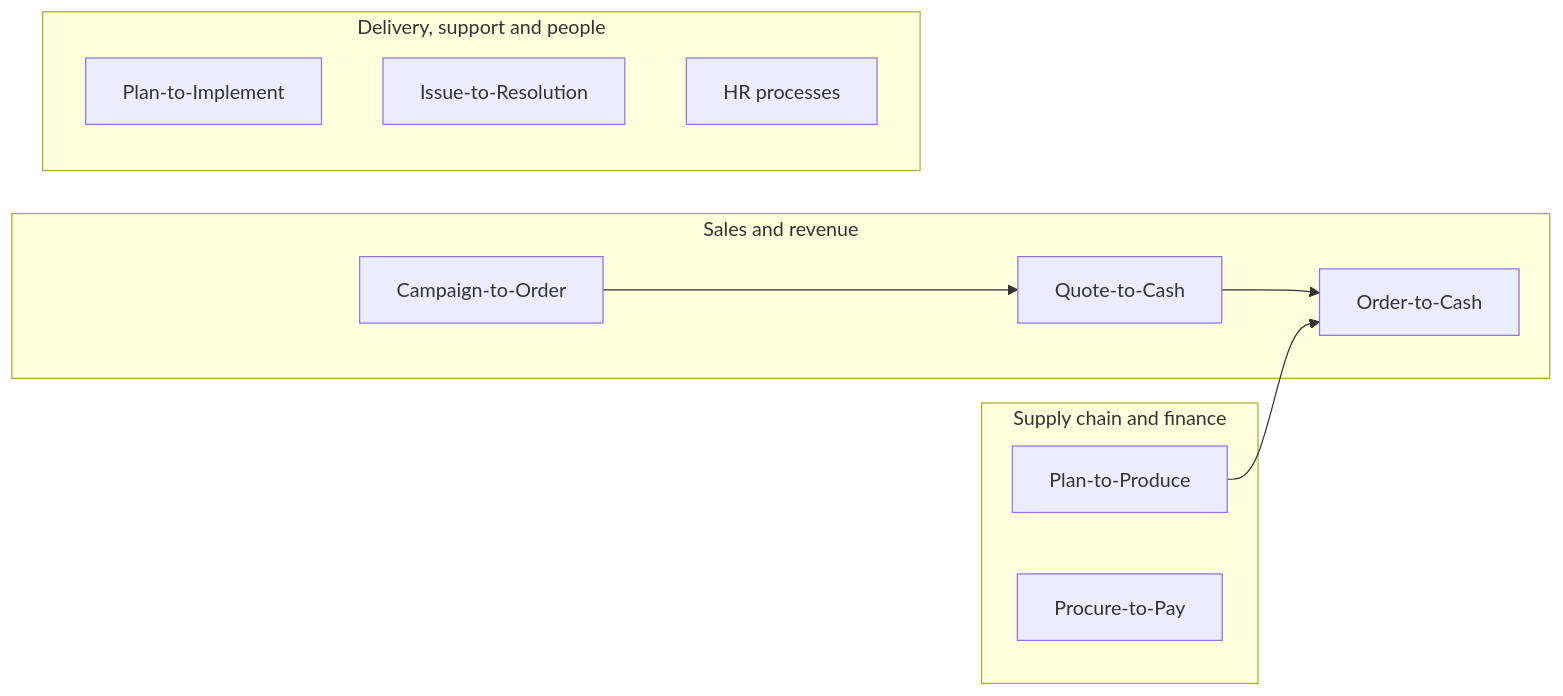
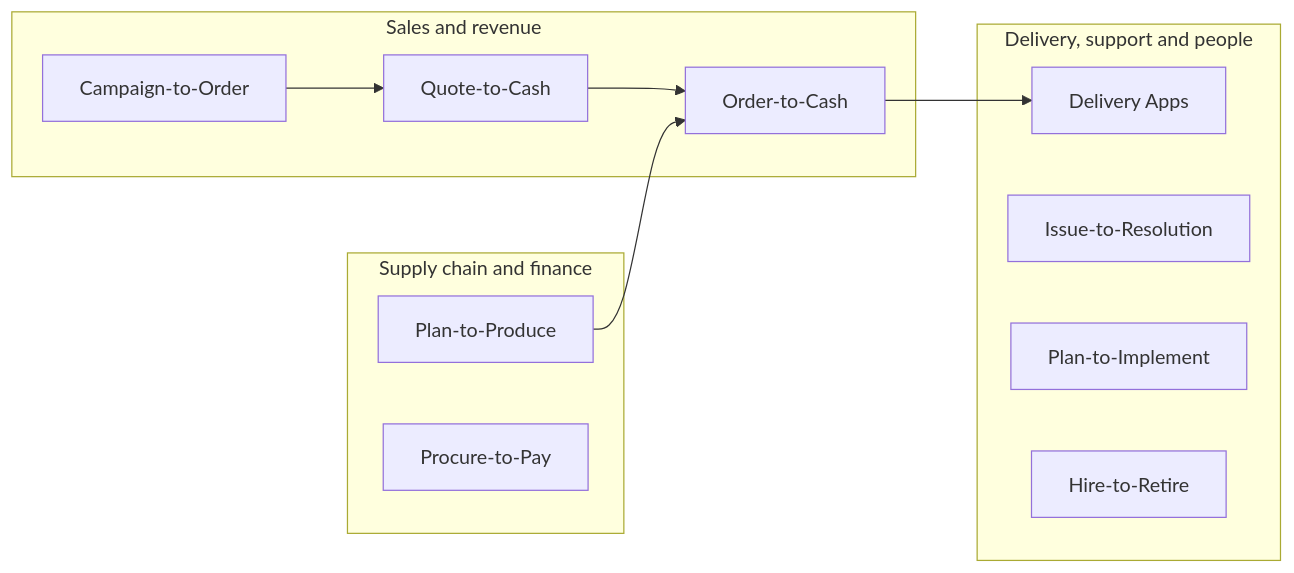
Before and after one commit to Avinash0789/Avinash0789.github.io: the diagram in docs/index.md, drawn with Mermaid. The commit also changed other lines of this file, not shown here.

Commit message:
Add process stream cards and update diagram on home page

````diff
--- a/docs/index.md
+++ b/docs/index.md
@@ -43,16 +43,18 @@
 ``` mermaid
 flowchart LR
   subgraph S1["Sales and revenue"]
     A[Campaign-to-Order] --> B[Quote-to-Cash] --> C[Order-to-Cash]
   end
   subgraph S2["Supply chain and finance"]
     D[Plan-to-Produce]
     E[Procure-to-Pay]
   end
   subgraph S3["Delivery, support and people"]
-    F[Plan-to-Implement]
+    F[Delivery Apps]
     G[Issue-to-Resolution]
-    H[HR processes]
+    I[Plan-to-Implement]
+    H[Hire-to-Retire]
   end
   D --> C
+  C --> F
 ```
````
